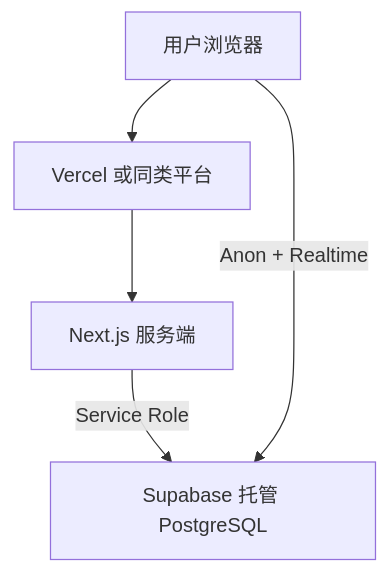
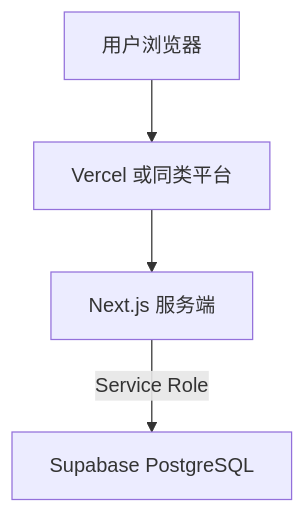
Before and after one commit to xujiongx/money-record: the diagram in docs/deployment.md, drawn with Mermaid. The commit also changed other lines of this file and 9 other files, not shown here.

````diff
--- a/docs/deployment.md
+++ b/docs/deployment.md
@@ -7,11 +7,10 @@
 ```mermaid
 flowchart TB
   user[用户浏览器]
   edge[Vercel 或同类平台]
   next[Next.js 服务端]
-  supa[Supabase 托管 PostgreSQL]
+  supa[Supabase PostgreSQL]
   user --> edge
   edge --> next
   next -->|Service Role| supa
-  user -->|Anon + Realtime| supa
 ```
````
